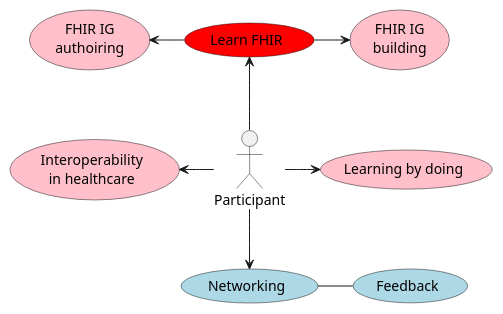
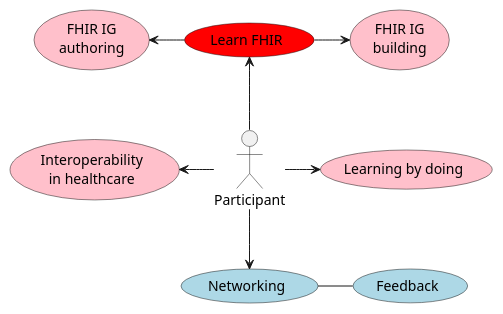
The diagram in Norwegian-FHIR-hackathon-2026/input/images-source/main-use-casev2.plantuml (HL7Norway/Norwegian-FHIR-Hackathon-2026), drawn with PlantUML before and after one commit.

Commit message:
authoring

```diff
--- a/Norwegian-FHIR-hackathon-2026/input/images-source/main-use-casev2.plantuml
+++ b/Norwegian-FHIR-hackathon-2026/input/images-source/main-use-casev2.plantuml
@@ -1,63 +1,63 @@
 @startuml
 
 "Participant" as participant
 
 "Learn FHIR" as (fhir) #red
 "FHIR IG\nbuilding" as (build) #pink
-"FHIR IG\nauthoiring" as (authoring) #pink
+"FHIR IG\nauthoring" as (authoring) #pink
 'rectangle "test" as rect {
 "Interoperability\nin healthcare" as (learn) #pink
 "Learning by doing" as (doing) #pink
 "Networking" as (give) #lightblue
 "Feedback" as (get) #lightblue
 
 '(test) -down[hidden]- (give)
 '(provide) -down[hidden]- (get)
 'applikasjon -up-> learn
 'applikasjon -up-> doing
 'applikasjon -up-> fhir
 'applikasjon -left-> provide
 'applikasjon -down-> get
 get -left- give
 'provide -left- test
 'learn -down[hidden]- fhir
 'doing -down[hidden]- fhir
 'fhir -down[hidden]- learn
 'fhir -down[hidden]- doing
 'provide -down[hidden]- get
 authoring <-right- fhir
 fhir -right-> build
 participant -left-> learn
 
 'source -down- applikasjon
 '}
 'actor "Pasient" as pasient 
 '[API] as api
 '"skrive informasjon" as (skrive) #lightblue
 
 'test -[hidden]down- give
 'api -[hidden]right- pasient
 
 'participant -right-> test
 'søke <-down- pasient
 participant -right-> (doing)
 participant -up-> (fhir)
 participant -down-> (give)
 '(give) <-right- pasient
 'kliniker -down-> (skrive)
 
 'pasient -left-> give
 'pasient -[hidden]left-> skrive
 'pasient -down-> skrive
 
 '(søke) -down- app
 'app -down- (give)
 '(give) -right- app
 'app -down- pasient
 'skrive -down- dokumentasjon
 'give -down- presentasjon
 
 'api .up. give
 'api .down. skrive
 
 @enduml
```
